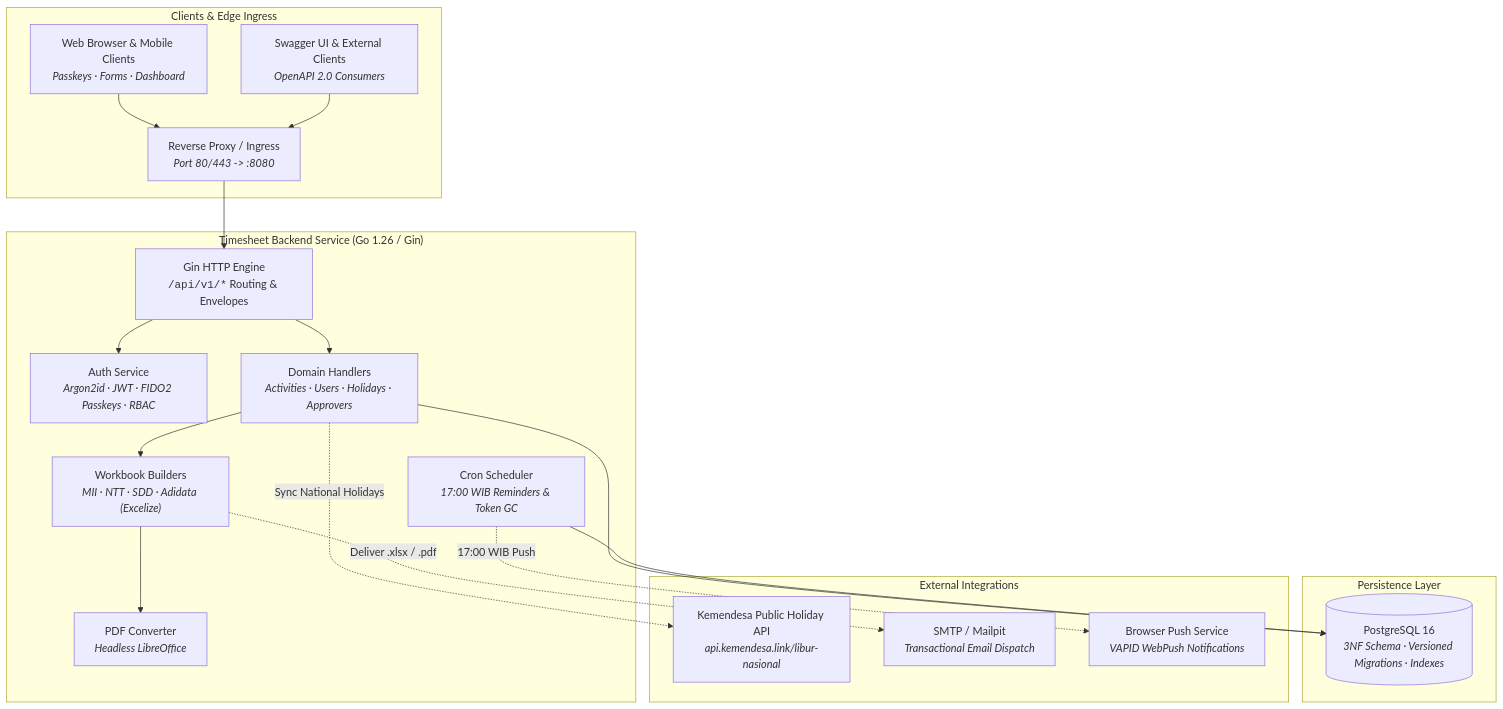
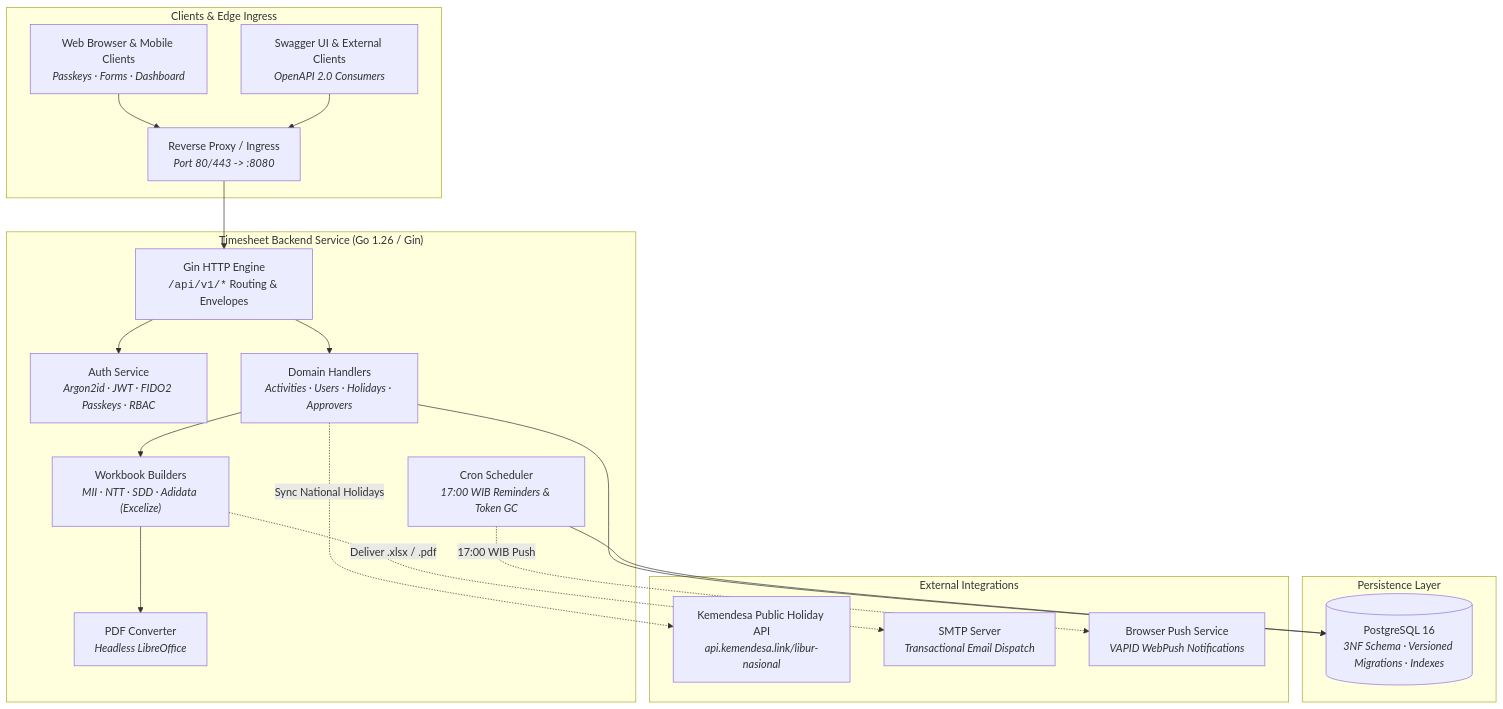
One commit to Waluh-Corporation/timesheet-backend changed the diagram in README.md. Above: the diagram before and after it, drawn with Mermaid. The commit also changed other lines of this file and 47 other files, not shown here.

````diff
--- a/README.md
+++ b/README.md
@@ -190,43 +189,43 @@
 ```mermaid
 flowchart TD
     subgraph Clients["Clients & Edge Ingress"]
         WebUser["Web Browser & Mobile Clients<br/><i>Passkeys · Forms · Dashboard</i>"]
         APICaller["Swagger UI & External Clients<br/><i>OpenAPI 2.0 Consumers</i>"]
         Proxy["Reverse Proxy / Ingress<br/><i>Port 80/443 -> :8080</i>"]
     end
 
     subgraph CoreBackend["Timesheet Backend Service (Go 1.26 / Gin)"]
         Router["Gin HTTP Engine<br/><code>/api/v1/*</code> Routing & Envelopes"]
         AuthService["Auth Service<br/><i>Argon2id · JWT · FIDO2 Passkeys · RBAC</i>"]
         Handlers["Domain Handlers<br/><i>Activities · Users · Holidays · Approvers</i>"]
         ExcelBuilders["Workbook Builders<br/><i>MII · NTT · SDD · Adidata (Excelize)</i>"]
         PDFConverter["PDF Converter<br/><i>Headless LibreOffice</i>"]
         CronService["Cron Scheduler<br/><i>17:00 WIB Reminders & Token GC</i>"]
     end
 
     subgraph DataStorage["Persistence Layer"]
         Postgres[("PostgreSQL 16<br/><i>3NF Schema · Versioned Migrations · Indexes</i>")]
     end
 
     subgraph Integrations["External Integrations"]
         HolidayAPI["Kemendesa Public Holiday API<br/><i>api.kemendesa.link/libur-nasional</i>"]
-        SMTPServer["SMTP / Mailpit<br/><i>Transactional Email Dispatch</i>"]
+        SMTPServer["SMTP Server<br/><i>Transactional Email Dispatch</i>"]
         PushService["Browser Push Service<br/><i>VAPID WebPush Notifications</i>"]
     end
 
     WebUser --> Proxy
     APICaller --> Proxy
     Proxy --> Router
 
     Router --> AuthService
     Router --> Handlers
 
     Handlers --> ExcelBuilders
     ExcelBuilders --> PDFConverter
     Handlers --> Postgres
 
     CronService --> Postgres
     CronService -.->|"17:00 WIB Push"| PushService
     ExcelBuilders -.->|"Deliver .xlsx / .pdf"| SMTPServer
     Handlers -.->|"Sync National Holidays"| HolidayAPI
 ```
````
